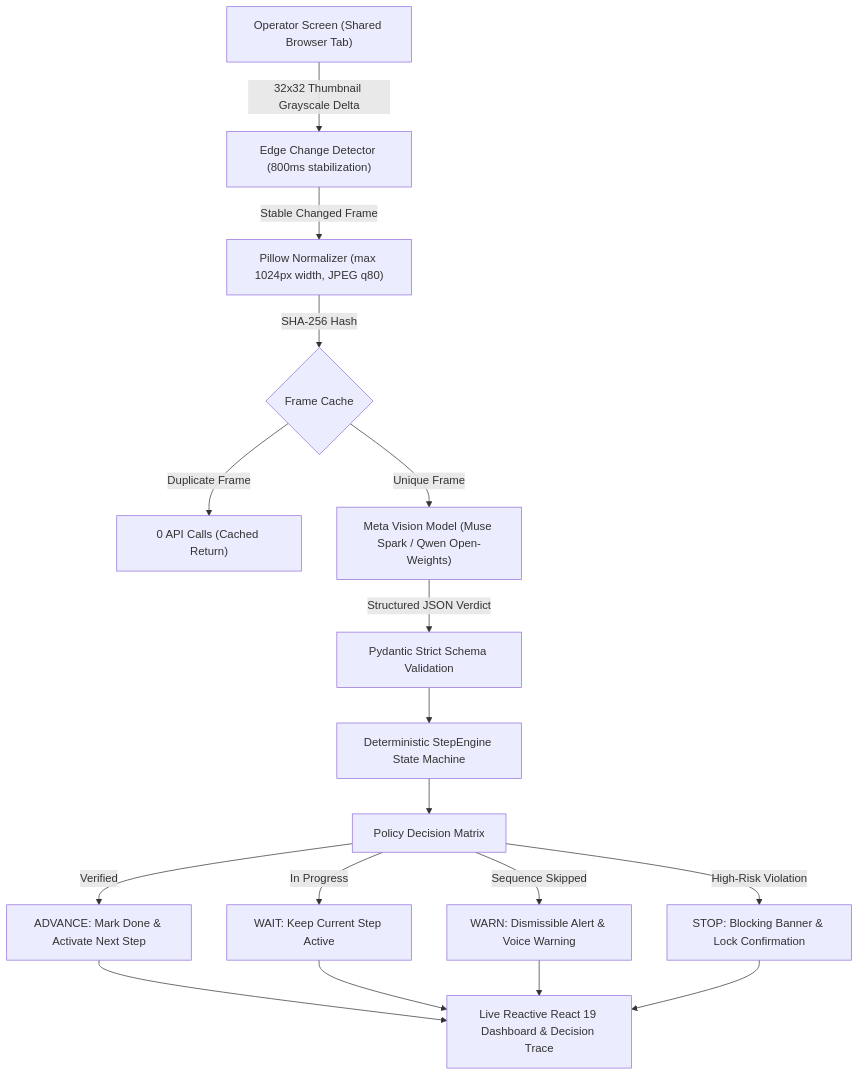
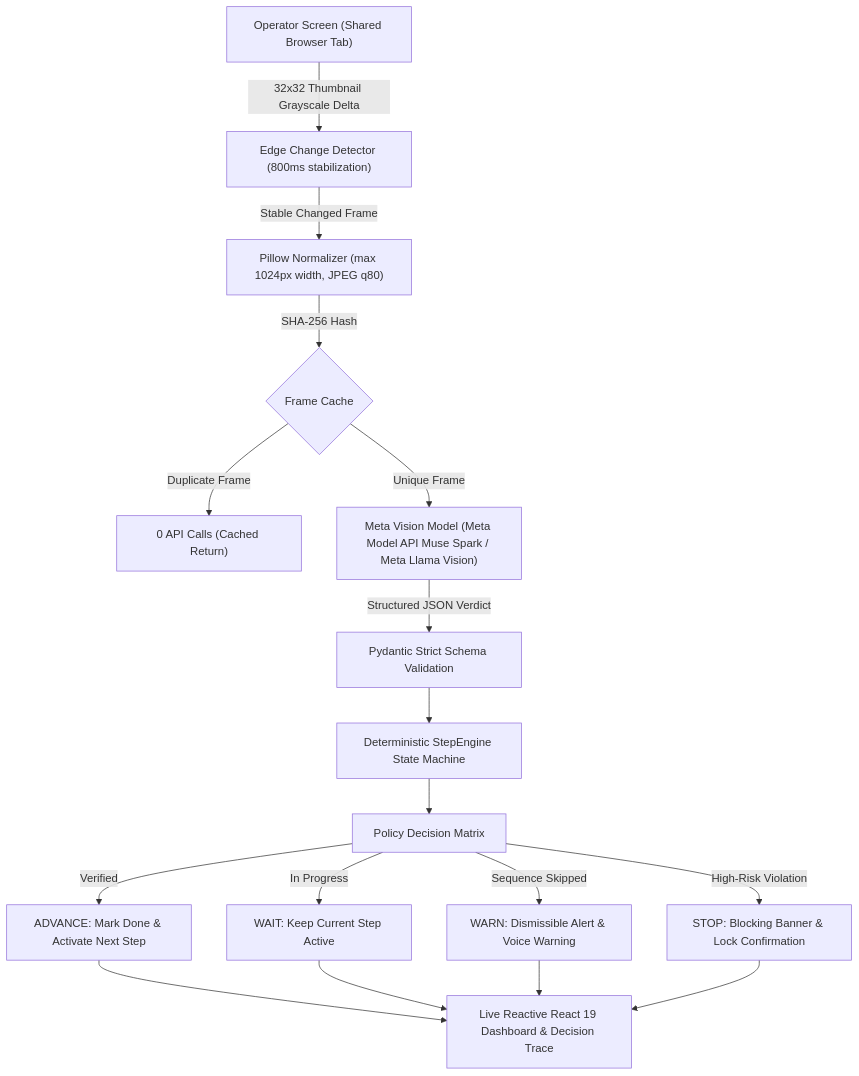
Before and after one commit to tejaspatel2255/ScreenGuard-Meta-AI-Hackathon: the diagram in README.md, drawn with Mermaid. The commit also changed other lines of this file and 23 other files, not shown here.

````diff
--- a/README.md
+++ b/README.md
@@ -68,19 +68,19 @@
 ```mermaid
 flowchart TD
     A["Operator Screen (Shared Browser Tab)"] -->|"32x32 Thumbnail Grayscale Delta"| B["Edge Change Detector (800ms stabilization)"]
     B -->|"Stable Changed Frame"| C["Pillow Normalizer (max 1024px width, JPEG q80)"]
     C -->|"SHA-256 Hash"| D{"Frame Cache"}
     D -->|"Duplicate Frame"| E["0 API Calls (Cached Return)"]
-    D -->|"Unique Frame"| F["Meta Vision Model (Muse Spark / Qwen Open-Weights)"]
+    D -->|"Unique Frame"| F["Meta Vision Model (Meta Model API Muse Spark / Meta Llama Vision)"]
     F -->|"Structured JSON Verdict"| G["Pydantic Strict Schema Validation"]
     G --> H["Deterministic StepEngine State Machine"]
     H --> I["Policy Decision Matrix"]
     I -->|"Verified"| J["ADVANCE: Mark Done & Activate Next Step"]
     I -->|"In Progress"| K["WAIT: Keep Current Step Active"]
     I -->|"Sequence Skipped"| L["WARN: Dismissible Alert & Voice Warning"]
     I -->|"High-Risk Violation"| M["STOP: Blocking Banner & Lock Confirmation"]
     J --> N["Live Reactive React 19 Dashboard & Decision Trace"]
     K --> N
     L --> N
     M --> N
 ```
````
